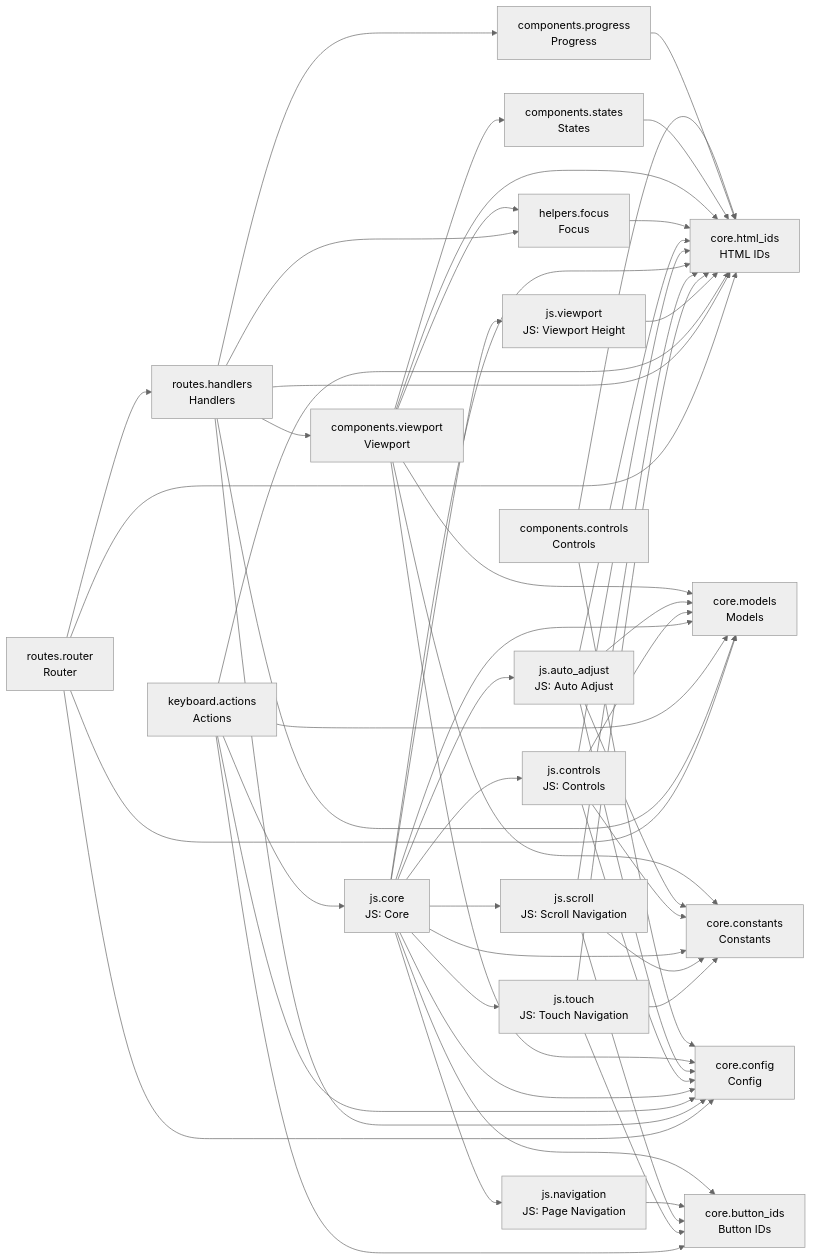
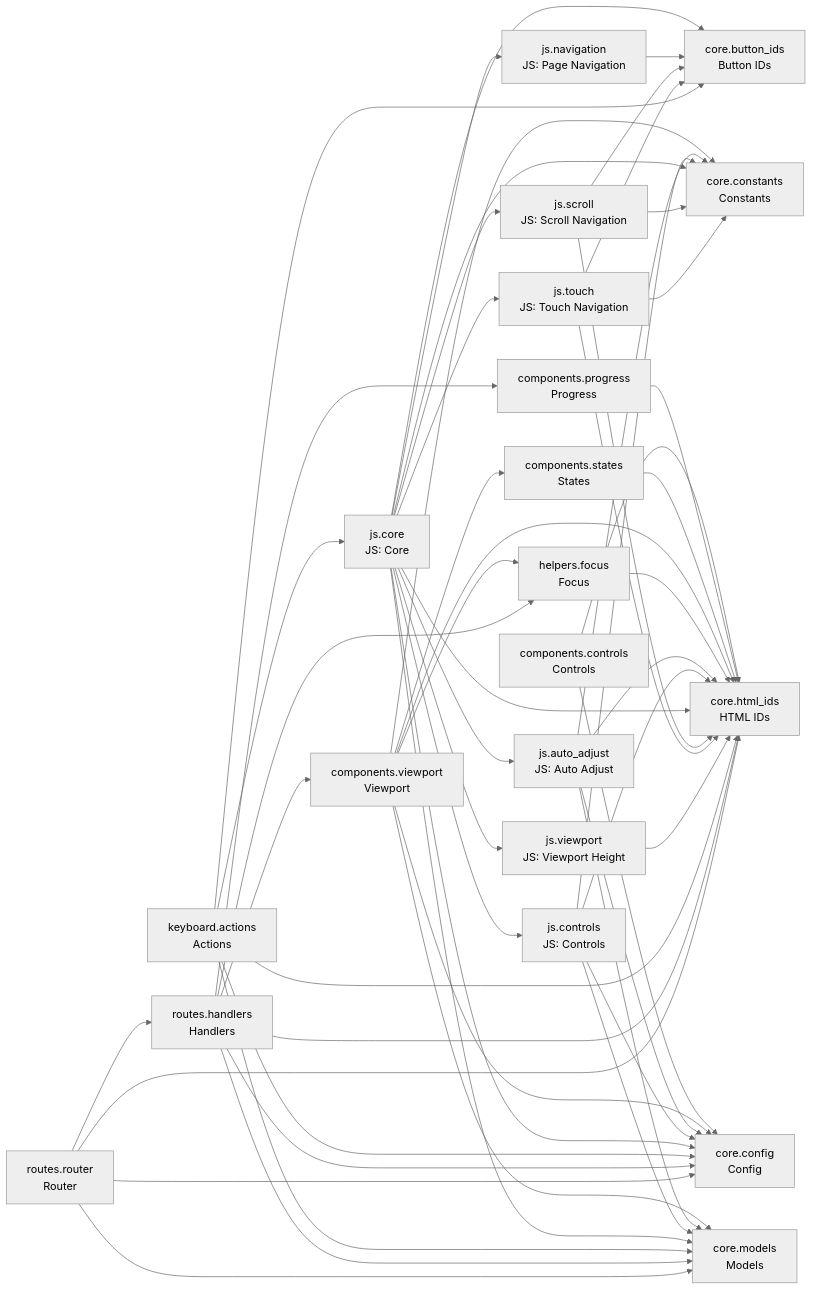
The diagram in README.md (cj-mills/cjm-fasthtml-card-stack), drawn with Mermaid (neutral theme) before and after one commit. The commit also changed other lines of this file and 3 other files, not shown here.

Commit message:
Update JS to pass is_auto when updating viewport.

````diff
--- a/README.md
+++ b/README.md
@@ -46,77 +46,77 @@
 ``` mermaid
 graph LR
     components_controls[components.controls<br/>Controls]
     components_progress[components.progress<br/>Progress]
     components_states[components.states<br/>States]
     components_viewport[components.viewport<br/>Viewport]
     core_button_ids[core.button_ids<br/>Button IDs]
     core_config[core.config<br/>Config]
     core_constants[core.constants<br/>Constants]
     core_html_ids[core.html_ids<br/>HTML IDs]
     core_models[core.models<br/>Models]
     helpers_focus[helpers.focus<br/>Focus]
     js_auto_adjust[js.auto_adjust<br/>JS: Auto Adjust]
     js_controls[js.controls<br/>JS: Controls]
     js_core[js.core<br/>JS: Core]
     js_navigation[js.navigation<br/>JS: Page Navigation]
     js_scroll[js.scroll<br/>JS: Scroll Navigation]
     js_touch[js.touch<br/>JS: Touch Navigation]
     js_viewport[js.viewport<br/>JS: Viewport Height]
     keyboard_actions[keyboard.actions<br/>Actions]
     routes_handlers[routes.handlers<br/>Handlers]
     routes_router[routes.router<br/>Router]
 
+    components_controls --> core_html_ids
     components_controls --> core_config
-    components_controls --> core_html_ids
     components_progress --> core_html_ids
     components_states --> core_html_ids
-    components_viewport --> core_constants
     components_viewport --> core_models
+    components_viewport --> core_html_ids
     components_viewport --> helpers_focus
     components_viewport --> core_config
-    components_viewport --> core_html_ids
     components_viewport --> components_states
+    components_viewport --> core_constants
     helpers_focus --> core_html_ids
+    js_auto_adjust --> core_models
+    js_auto_adjust --> core_html_ids
     js_auto_adjust --> core_constants
-    js_auto_adjust --> core_html_ids
     js_auto_adjust --> core_config
-    js_auto_adjust --> core_models
     js_controls --> core_constants
+    js_controls --> core_models
     js_controls --> core_html_ids
     js_controls --> core_config
-    js_controls --> core_models
+    js_core --> core_html_ids
+    js_core --> core_config
+    js_core --> js_controls
     js_core --> core_constants
+    js_core --> js_navigation
+    js_core --> core_models
+    js_core --> core_button_ids
+    js_core --> js_auto_adjust
+    js_core --> js_viewport
     js_core --> js_touch
-    js_core --> core_models
     js_core --> js_scroll
-    js_core --> core_config
-    js_core --> js_auto_adjust
-    js_core --> js_navigation
-    js_core --> core_html_ids
-    js_core --> js_controls
-    js_core --> js_viewport
-    js_core --> core_button_ids
     js_navigation --> core_button_ids
     js_scroll --> core_constants
     js_scroll --> core_html_ids
     js_scroll --> core_button_ids
     js_touch --> core_constants
+    js_touch --> core_html_ids
     js_touch --> core_button_ids
-    js_touch --> core_html_ids
     js_viewport --> core_html_ids
+    keyboard_actions --> core_html_ids
+    keyboard_actions --> core_config
+    keyboard_actions --> core_button_ids
     keyboard_actions --> js_core
-    keyboard_actions --> core_config
-    keyboard_actions --> core_html_ids
     keyboard_actions --> core_models
-    keyboard_actions --> core_button_ids
+    routes_handlers --> core_models
+    routes_handlers --> core_html_ids
+    routes_handlers --> core_config
     routes_handlers --> components_progress
-    routes_handlers --> core_models
+    routes_handlers --> helpers_focus
     routes_handlers --> components_viewport
-    routes_handlers --> core_config
-    routes_handlers --> core_html_ids
-    routes_handlers --> helpers_focus
+    routes_router --> core_models
+    routes_router --> core_html_ids
+    routes_router --> core_config
     routes_router --> routes_handlers
-    routes_router --> core_models
-    routes_router --> core_config
-    routes_router --> core_html_ids
 ```
````
